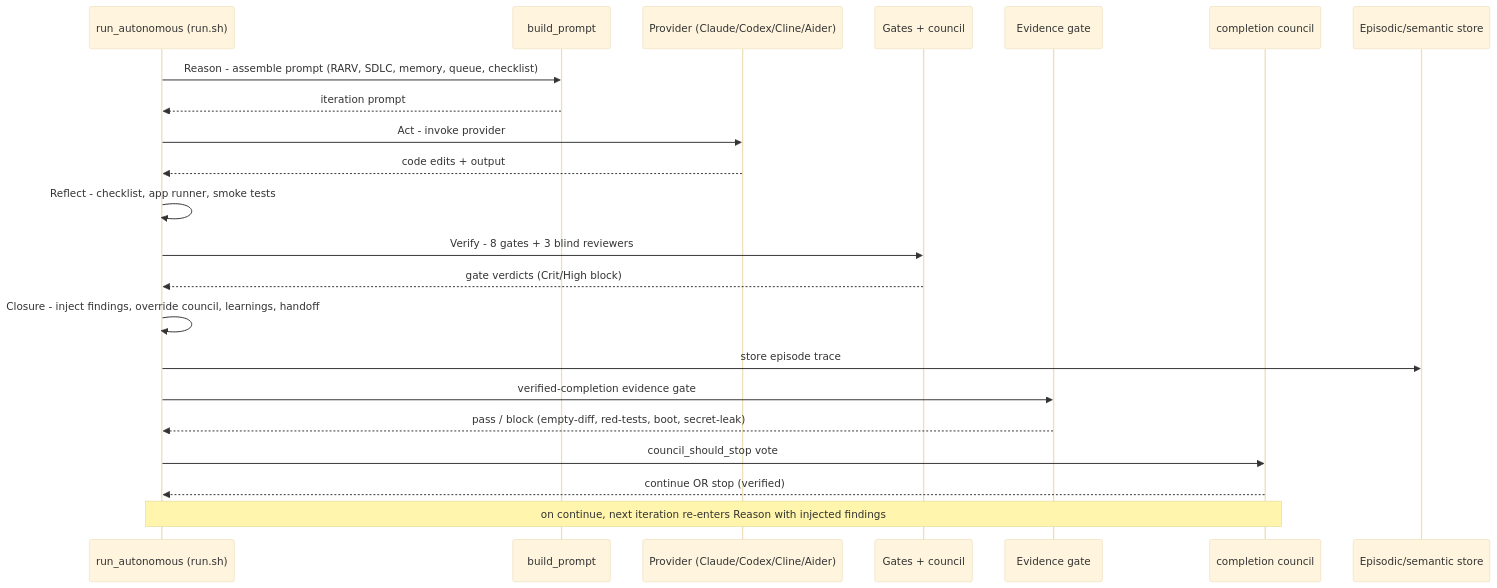
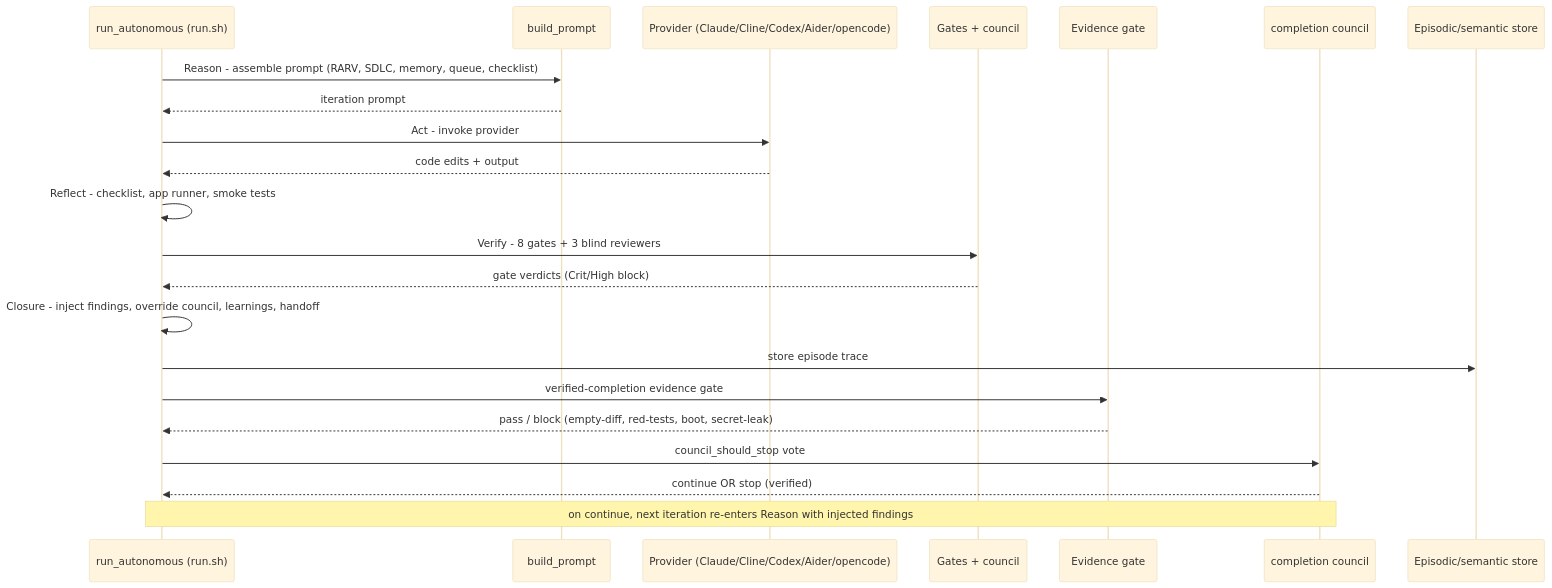
Before and after one commit to thereisnotime/skills-collection: the third of 3 diagrams in skills/asklokesh--claudeskill-loki-mode/docs/ARCHITECTURE-OVERVIEW.md, drawn with Mermaid (base theme). The commit also changed other lines of this file and 1819 other files, not shown here.

Commit message:
sync: update skills repos, readme and charts

````diff
--- a/skills/asklokesh--claudeskill-loki-mode/docs/ARCHITECTURE-OVERVIEW.md
+++ b/skills/asklokesh--claudeskill-loki-mode/docs/ARCHITECTURE-OVERVIEW.md
@@ -167,25 +169,25 @@
 ```mermaid
 sequenceDiagram
     participant Runner as run_autonomous (run.sh)
     participant Prompt as build_prompt
-    participant Provider as Provider (Claude/Codex/Cline/Aider)
+    participant Provider as Provider (Claude/Cline/Codex/Aider/opencode)
     participant Verify as Gates + council
     participant Evidence as Evidence gate
     participant Council as completion council
     participant Memory as Episodic/semantic store
 
     Runner->>Prompt: Reason - assemble prompt (RARV, SDLC, memory, queue, checklist)
     Prompt-->>Runner: iteration prompt
     Runner->>Provider: Act - invoke provider
     Provider-->>Runner: code edits + output
     Runner->>Runner: Reflect - checklist, app runner, smoke tests
     Runner->>Verify: Verify - 8 gates + 3 blind reviewers
     Verify-->>Runner: gate verdicts (Crit/High block)
     Runner->>Runner: Closure - inject findings, override council, learnings, handoff
     Runner->>Memory: store episode trace
     Runner->>Evidence: verified-completion evidence gate
     Evidence-->>Runner: pass / block (empty-diff, red-tests, boot, secret-leak)
     Runner->>Council: council_should_stop vote
     Council-->>Runner: continue OR stop (verified)
     Note over Runner,Council: on continue, next iteration re-enters Reason with injected findings
 ```
````
